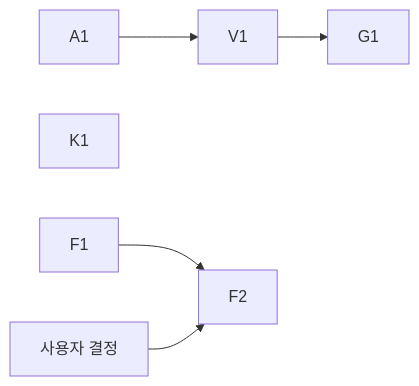
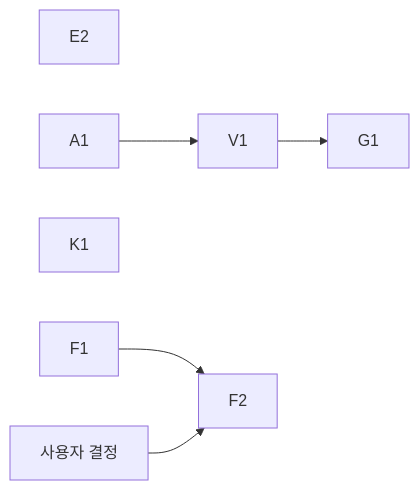
The diagram in docs/design/serving/decision-fidelity-plan.md (lab-paper-code/chill), drawn with Mermaid before and after one commit. The commit also changed other lines of this file, not shown here.

````diff
--- a/docs/design/serving/decision-fidelity-plan.md
+++ b/docs/design/serving/decision-fidelity-plan.md
@@ -131,7 +151,8 @@
 ```mermaid
 graph LR
+  E2
   A1 --> V1 --> G1
   K1
   F1 --> F2
   D[사용자 결정] --> F2
 ```
````
